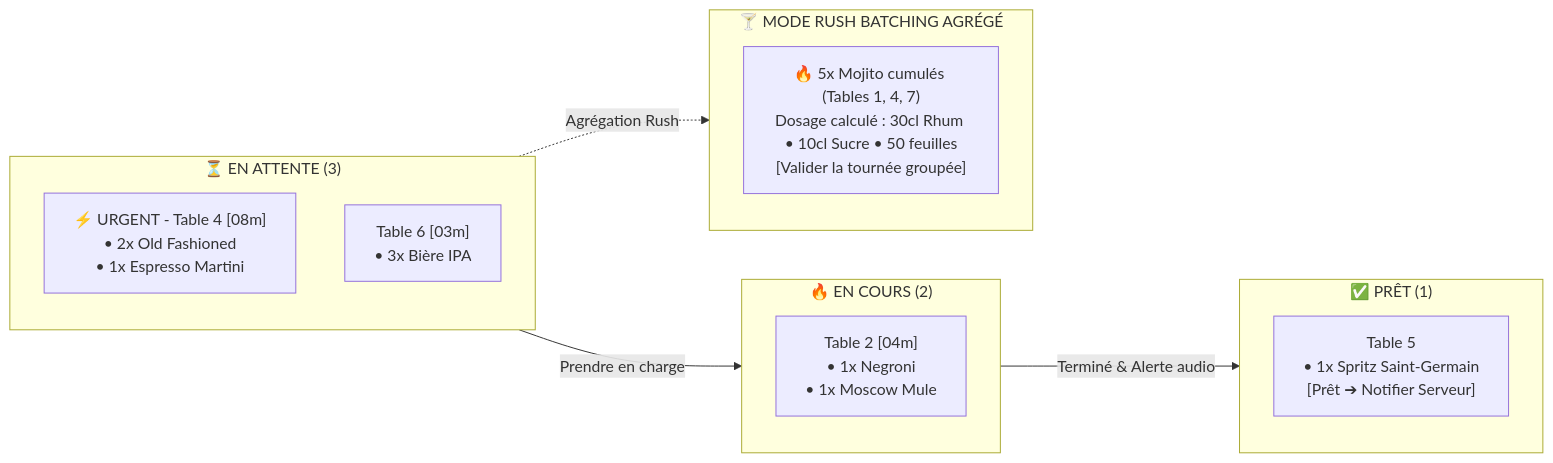
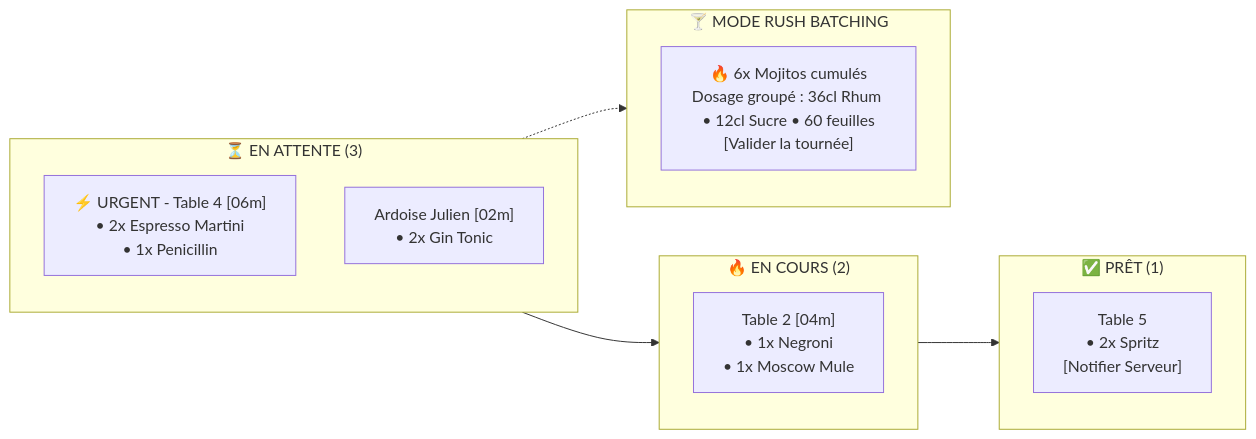
The third of 5 diagrams in README.md (FunWarry/Open-Bar), drawn with Mermaid before and after one commit. The commit also changed other lines of this file and 8 other files, not shown here.

````diff
--- a/README.md
+++ b/README.md
@@ -150,23 +194,22 @@
 ```mermaid
 flowchart LR
     subgraph Attente ["⏳ EN ATTENTE (3)"]
-        Cmd1["⚡ URGENT - Table 4 [08m]\n• 2x Old Fashioned\n• 1x Espresso Martini"]
-        Cmd2["Table 6 [03m]\n• 3x Bière IPA"]
+        Cmd1["⚡ URGENT - Table 4 [06m]\n• 2x Espresso Martini\n• 1x Penicillin"]
+        Cmd2["Ardoise Julien [02m]\n• 2x Gin Tonic"]
     end
 
     subgraph EnCours ["🔥 EN COURS (2)"]
         Cmd3["Table 2 [04m]\n• 1x Negroni\n• 1x Moscow Mule"]
     end
 
     subgraph Pret ["✅ PRÊT (1)"]
-        Cmd4["Table 5\n• 1x Spritz Saint-Germain\n[Prêt ➔ Notifier Serveur]"]
+        Cmd4["Table 5\n• 2x Spritz\n[Notifier Serveur]"]
     end
 
-    subgraph Rush ["🍸 MODE RUSH BATCHING AGRÉGÉ"]
-        Rush1["🔥 5x Mojito cumulés (Tables 1, 4, 7)\nDosage calculé : 30cl Rhum • 10cl Sucre • 50 feuilles\n[Valider la tournée groupée]"]
+    subgraph Rush ["🍸 MODE RUSH BATCHING"]
+        R1["🔥 6x Mojitos cumulés\nDosage groupé : 36cl Rhum • 12cl Sucre • 60 feuilles\n[Valider la tournée]"]
     end
 
-    Attente -->|"Prendre en charge"| EnCours
-    EnCours -->|"Terminé & Alerte audio"| Pret
-    Attente -.->|"Agrégation Rush"| Rush
+    Attente --> EnCours --> Pret
+    Attente -.-> Rush
 ```
````
